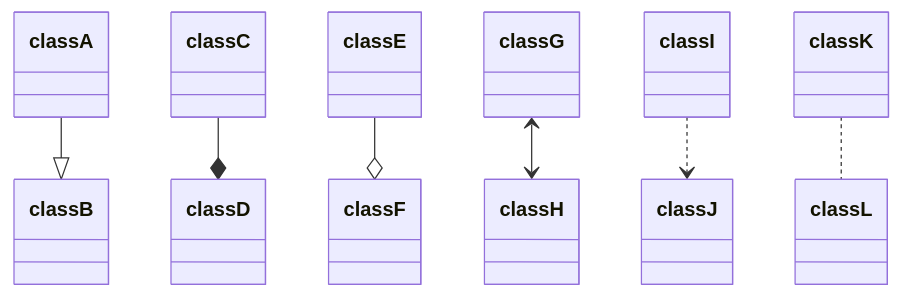
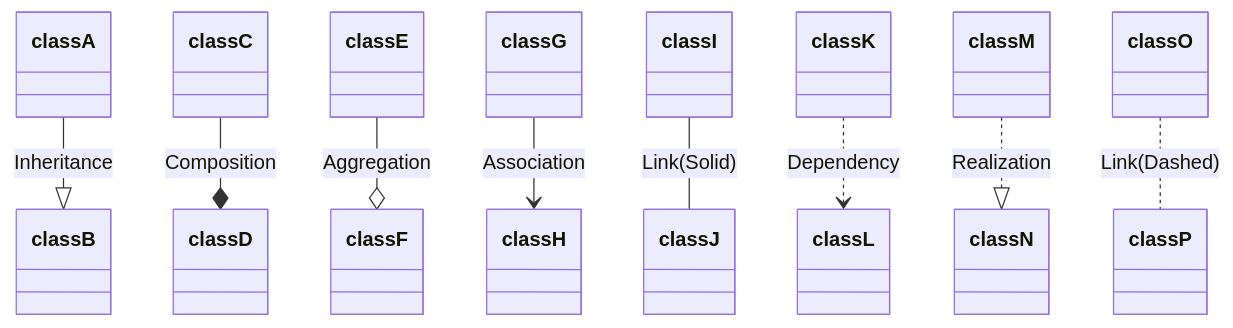
One commit to aazminu/mermaid changed the seventh of 11 diagrams in docs/classDiagram.md. Above: the diagram before and after it, drawn with Mermaid. The commit also changed other lines of this file, not shown here.

Commit message:
#1146 Updated classDiagram documentation with new relation types

````diff
--- a/docs/classDiagram.md
+++ b/docs/classDiagram.md
@@ -213,11 +221,13 @@
 ```mermaid
 classDiagram
-classA --|> classB
-classC --* classD
-classE --o classF
-classG <--> classH
-classI ..> classJ
-classK .. classL
+classA --|> classB : Inheritance
+classC --* classD : Composition
+classE --o classF : Aggregation
+classG --> classH : Association
+classI -- classJ : Link(Solid)
+classK ..> classL : Dependency
+classM ..|> classN : Realization
+classO .. classP : Link(Dashed)
 
 
 ```
````
